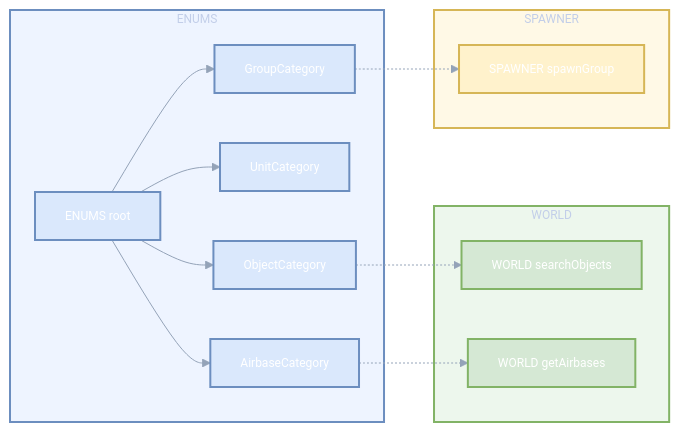
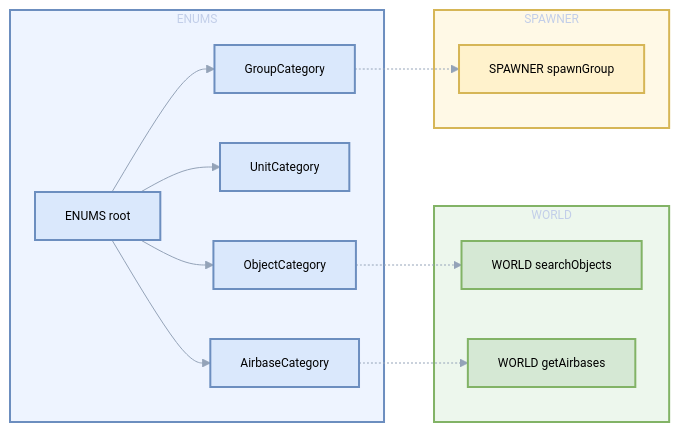
The first of 2 diagrams in docs/enums/categories.md (Gh0st352/AETHR), drawn with Mermaid before and after one commit. The commit also changed 7 other files, not shown here.

First line of the commit message:
docs(enums): change mermaid primaryTextColor to black

````diff
--- a/docs/enums/categories.md
+++ b/docs/enums/categories.md
@@ -20,47 +20,47 @@
 ```mermaid
-%%{init: {"theme":"base", "themeVariables": {"primaryColor":"#0f172a","primaryTextColor":"#ffffff","lineColor":"#94a3b8","fontSize":"12px"}}}%%
+%%{init: {"theme":"base", "themeVariables": {"primaryColor":"#0f172a","primaryTextColor":"#000000ff","lineColor":"#94a3b8","fontSize":"12px"}}}%%
 flowchart LR
 
 %% Styles
 classDef enums fill:#dae8fc,stroke:#6c8ebf,stroke-width:2px;
 classDef world fill:#d5e8d4,stroke:#82b366,stroke-width:2px;
 classDef spawner fill:#fff2cc,stroke:#d6b656,stroke-width:2px;
 
 %% Groups
 subgraph sgEnums [ENUMS]
   EN[ENUMS root]
   OC[ObjectCategory]
   UC[UnitCategory]
   GC[GroupCategory]
   AC[AirbaseCategory]
 end
 
 subgraph sgWorld [WORLD]
   WS[WORLD searchObjects]
   GA[WORLD getAirbases]
 end
 
 subgraph sgSpawner [SPAWNER]
   SP[SPAWNER spawnGroup]
 end
 
 %% Relationships
 EN --> OC
 EN --> UC
 EN --> GC
 EN --> AC
 
 OC -.-> WS
 GC -.-> SP
 AC -.-> GA
 
 %% Apply classes
 class EN,OC,UC,GC,AC enums
 class WS,GA world
 class SP spawner
 
 %% Subgraph styles
 style sgEnums fill:#eef4ff,stroke:#6c8ebf,stroke-width:2px
 style sgWorld fill:#edf7ed,stroke:#82b366,stroke-width:2px
 style sgSpawner fill:#fff9e6,stroke:#d6b656,stroke-width:2px
 ```
````
